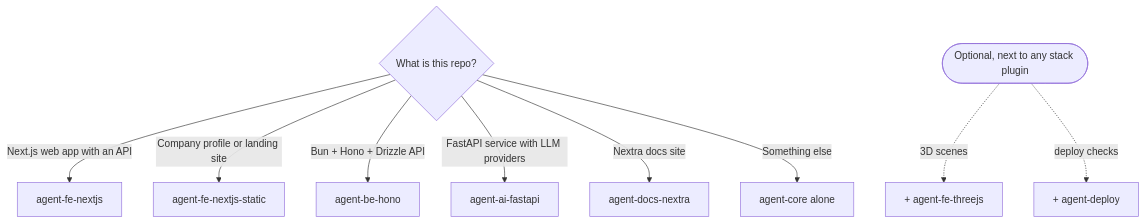
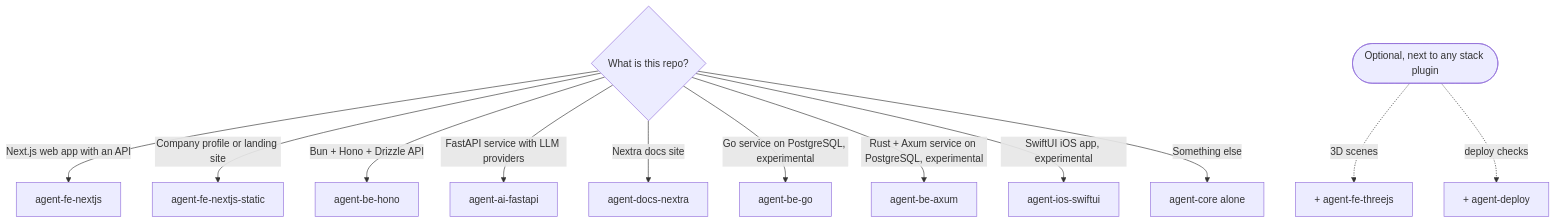
One commit to adhibuchori/agent-config-kit changed the second of 5 diagrams in README.md. Above: the diagram before and after it, drawn with Mermaid. The commit also changed other lines of this file and 1 other file, not shown here.

````diff
--- a/README.md
+++ b/README.md
@@ -222,14 +224,17 @@
 ```mermaid
 flowchart TD
     accTitle: Which plugin to install
-    accDescr: Start from what your repo is. A Next.js web app with an API uses agent-fe-nextjs. A company profile or landing site uses agent-fe-nextjs-static. A Bun and Hono API uses agent-be-hono. A FastAPI service with LLM providers uses agent-ai-fastapi. A Nextra docs site uses agent-docs-nextra. Anything else uses agent-core alone. Add agent-fe-threejs for 3D scenes and agent-deploy for deploy checks.
+    accDescr: Start from what your repo is. A Next.js web app with an API uses agent-fe-nextjs. A company profile or landing site uses agent-fe-nextjs-static. A Bun and Hono API uses agent-be-hono. A FastAPI service with LLM providers uses agent-ai-fastapi. A Nextra docs site uses agent-docs-nextra. Experimental: a Go service on PostgreSQL uses agent-be-go, a Rust and Axum service on PostgreSQL uses agent-be-axum, and a SwiftUI iOS app uses agent-ios-swiftui. Anything else uses agent-core alone. Add agent-fe-threejs for 3D scenes and agent-deploy for deploy checks.
     Q{What is this repo?}
     Q -->|Next.js web app with an API| FE[agent-fe-nextjs]
     Q -->|Company profile or landing site| ST[agent-fe-nextjs-static]
     Q -->|Bun + Hono + Drizzle API| BE[agent-be-hono]
     Q -->|FastAPI service with LLM providers| AI[agent-ai-fastapi]
     Q -->|Nextra docs site| DOCS[agent-docs-nextra]
+    Q -->|Go service on PostgreSQL, experimental| GO[agent-be-go]
+    Q -->|Rust + Axum service on PostgreSQL, experimental| RS[agent-be-axum]
+    Q -->|SwiftUI iOS app, experimental| IOS[agent-ios-swiftui]
     Q -->|Something else| CORE[agent-core alone]
     X([Optional, next to any stack plugin]) -.->|3D scenes| TJ[+ agent-fe-threejs]
     X -.->|deploy checks| DEP[+ agent-deploy]
 ```
````
